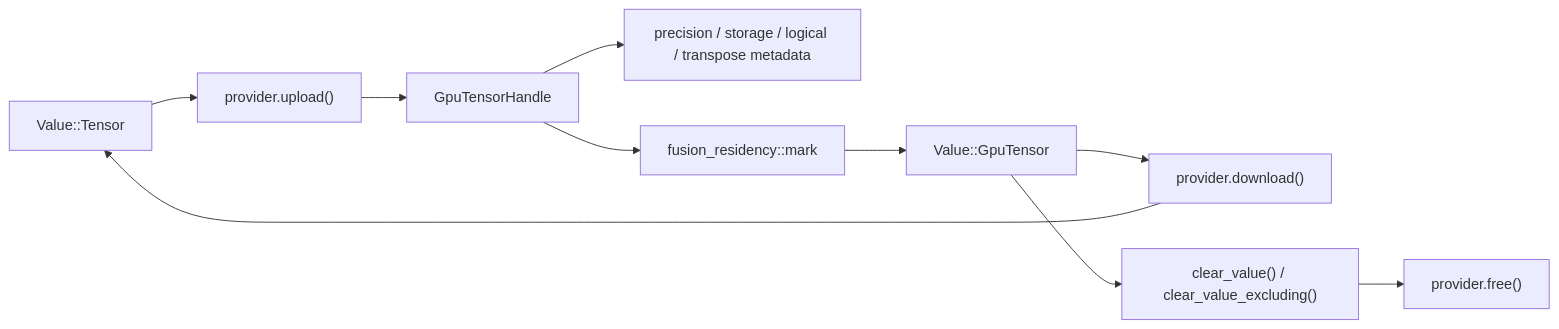
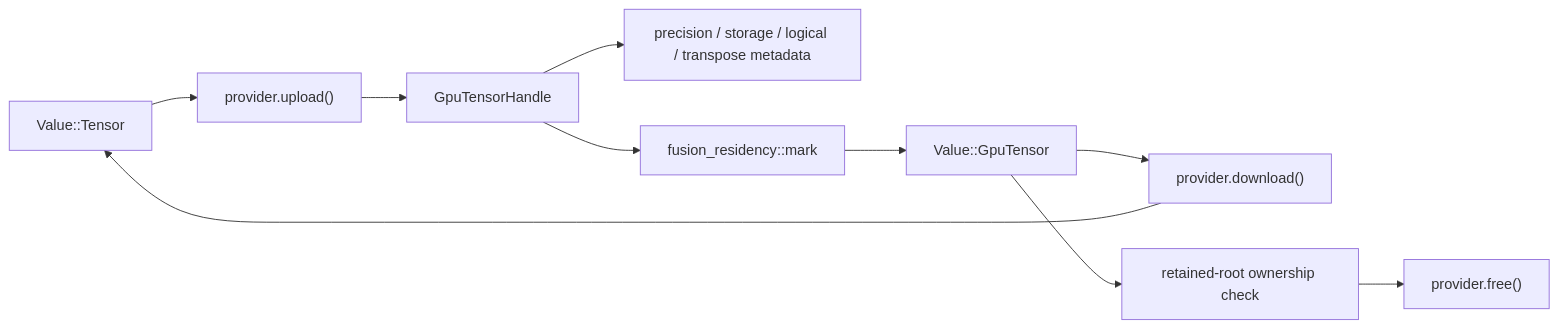
The second of 2 diagrams in docs/gpu/fusion.md (runmat-org/runmat), drawn with Mermaid before and after one commit. The commit also changed other lines of this file, not shown here.

Commit message:
docs: describe fusion preparation queries and retained-root cleanup

````diff
--- a/docs/gpu/fusion.md
+++ b/docs/gpu/fusion.md
@@ -83,18 +85,18 @@
 ```mermaid
 flowchart LR
   Host["Value::Tensor"]
   Upload["provider.upload()"]
   Handle["GpuTensorHandle"]
   Metadata["precision / storage / logical / transpose metadata"]
   Resident["fusion_residency::mark"]
   GpuValue["Value::GpuTensor"]
   Gather["provider.download()"]
-  Clear["clear_value() / clear_value_excluding()"]
+  Clear["retained-root ownership check"]
   Free["provider.free()"]
 
   Host --> Upload --> Handle
   Handle --> Metadata
   Handle --> Resident --> GpuValue
   GpuValue --> Gather --> Host
   GpuValue --> Clear --> Free
 ```
````
